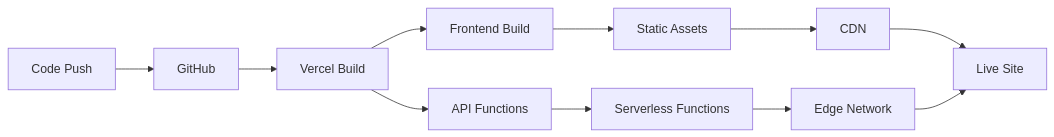
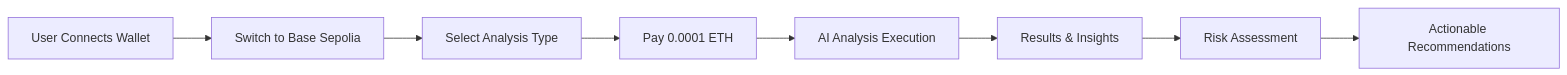
One commit to ombaviskar18/BaseGuardian changed the diagram in README.md. Above: the diagram before and after it, drawn with Mermaid. The commit also changed other lines of this file and 5 other files, not shown here.

````diff
--- a/README.md
+++ b/README.md
@@ -127,13 +71,10 @@
 ```mermaid
 graph LR
-    A[Code Push] --> B[GitHub]
-    B --> C[Vercel Build]
-    C --> D[Frontend Build]
-    C --> E[API Functions]
-    D --> F[Static Assets]
-    E --> G[Serverless Functions]
-    F --> H[CDN]
-    G --> I[Edge Network]
-    H --> J[Live Site]
-    I --> J
+    A[User Connects Wallet] --> B[Switch to Base Sepolia]
+    B --> C[Select Analysis Type]
+    C --> D[Pay 0.0001 ETH]
+    D --> E[AI Analysis Execution]
+    E --> F[Results & Insights]
+    F --> G[Risk Assessment]
+    G --> H[Actionable Recommendations]
 ```
````
